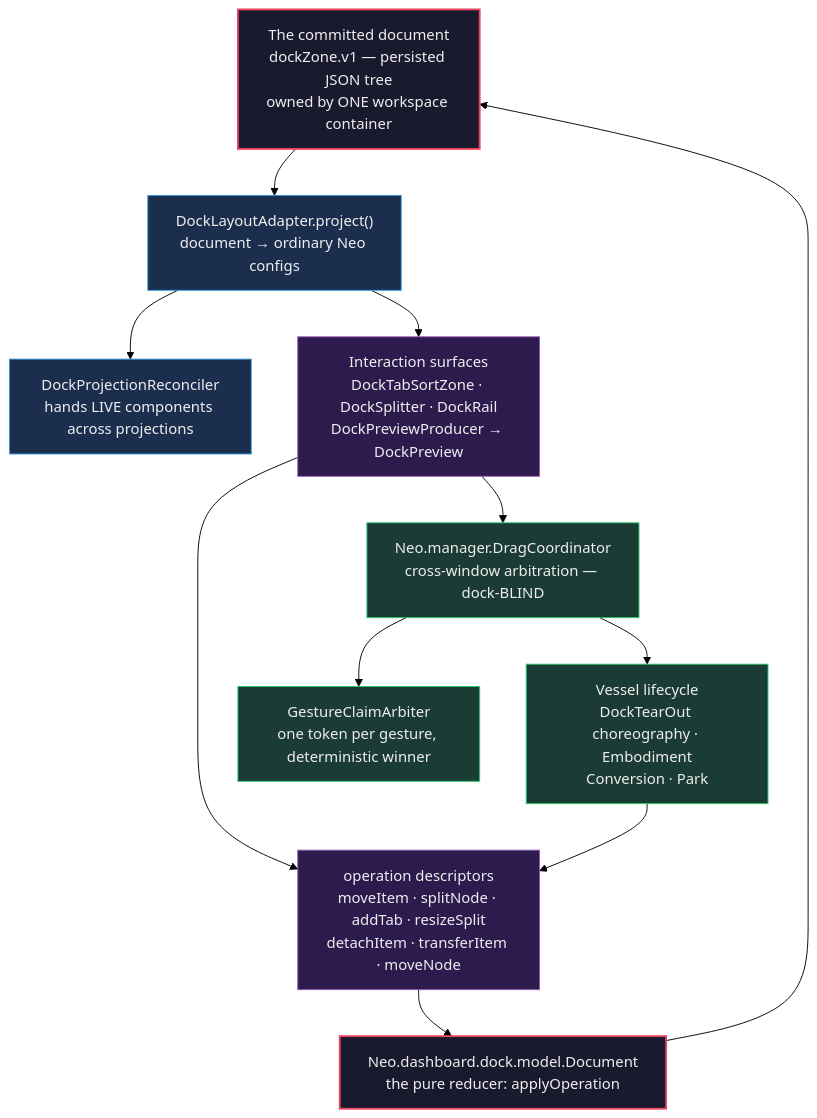
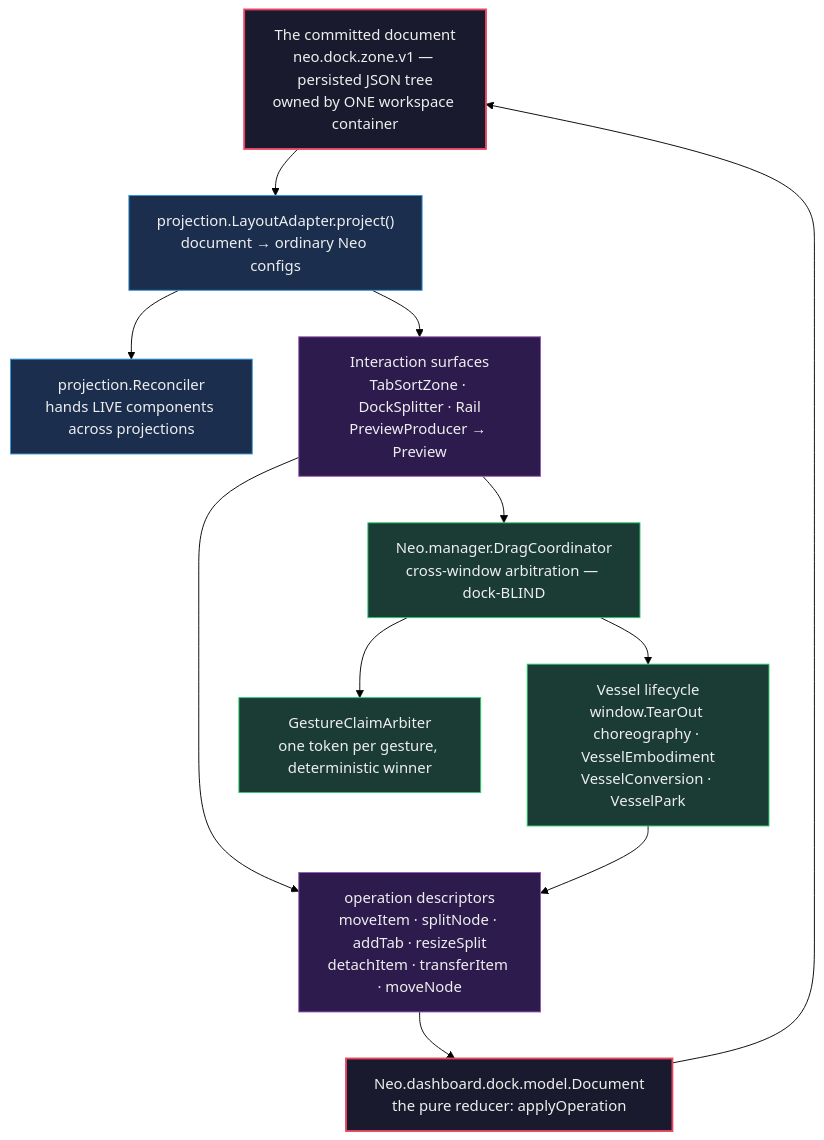
One commit to neomjs/neo changed the first of 2 diagrams in learn/guides/uibuildingblocks/DockLayouts.md. Above: the diagram before and after it, drawn with Mermaid (forest theme). The commit also changed other lines of this file and 5 other files, not shown here.

````diff
--- a/learn/guides/uibuildingblocks/DockLayouts.md
+++ b/learn/guides/uibuildingblocks/DockLayouts.md
@@ -42,28 +42,28 @@
 ```mermaid
 flowchart TD
     classDef doc fill:#1a1a2e,stroke:#e94560,stroke-width:2px,color:#eee
     classDef proj fill:#1b2e4e,stroke:#3498db,stroke-width:1px,color:#eee
     classDef inter fill:#2d1b4e,stroke:#9b59b6,stroke-width:1px,color:#eee
     classDef cross fill:#1a3c34,stroke:#2ecc71,stroke-width:1px,color:#eee
 
-    Document["The committed document<br/>dockZone.v1 — persisted JSON tree<br/>owned by ONE workspace container"]:::doc
+    Document["The committed document<br/>neo.dock.zone.v1 — persisted JSON tree<br/>owned by ONE workspace container"]:::doc
     Model["Neo.dashboard.dock.model.Document<br/>the pure reducer: applyOperation"]:::doc
-    Adapter["DockLayoutAdapter.project()<br/>document → ordinary Neo configs"]:::proj
-    Reconciler["DockProjectionReconciler<br/>hands LIVE components across projections"]:::proj
-    Surfaces["Interaction surfaces<br/>DockTabSortZone · DockSplitter · DockRail<br/>DockPreviewProducer → DockPreview"]:::inter
+    Adapter["projection.LayoutAdapter.project()<br/>document → ordinary Neo configs"]:::proj
+    Reconciler["projection.Reconciler<br/>hands LIVE components across projections"]:::proj
+    Surfaces["Interaction surfaces<br/>TabSortZone · DockSplitter · Rail<br/>PreviewProducer → Preview"]:::inter
     Descriptors["operation descriptors<br/>moveItem · splitNode · addTab · resizeSplit<br/>detachItem · transferItem · moveNode"]:::inter
     Coordinator["Neo.manager.DragCoordinator<br/>cross-window arbitration — dock-BLIND"]:::cross
     Arbiter["GestureClaimArbiter<br/>one token per gesture, deterministic winner"]:::cross
-    Vessels["Vessel lifecycle<br/>DockTearOut choreography · Embodiment<br/>Conversion · Park"]:::cross
+    Vessels["Vessel lifecycle<br/>window.TearOut choreography · VesselEmbodiment<br/>VesselConversion · VesselPark"]:::cross
 
     Document --> Adapter
     Adapter --> Reconciler
     Adapter --> Surfaces
     Surfaces --> Descriptors
     Descriptors --> Model
     Model --> Document
     Surfaces --> Coordinator
     Coordinator --> Arbiter
     Coordinator --> Vessels
     Vessels --> Descriptors
 ```
````
